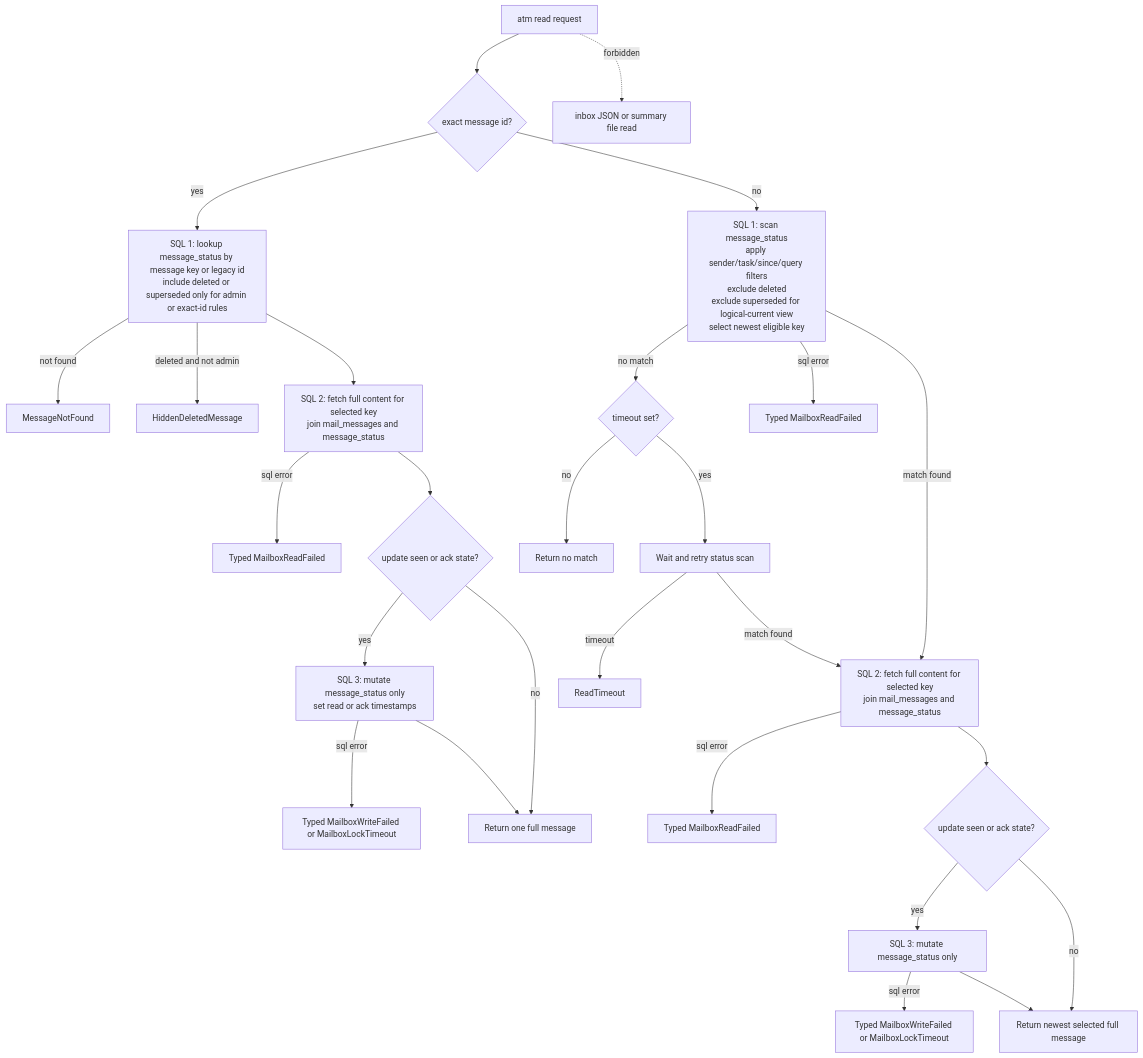
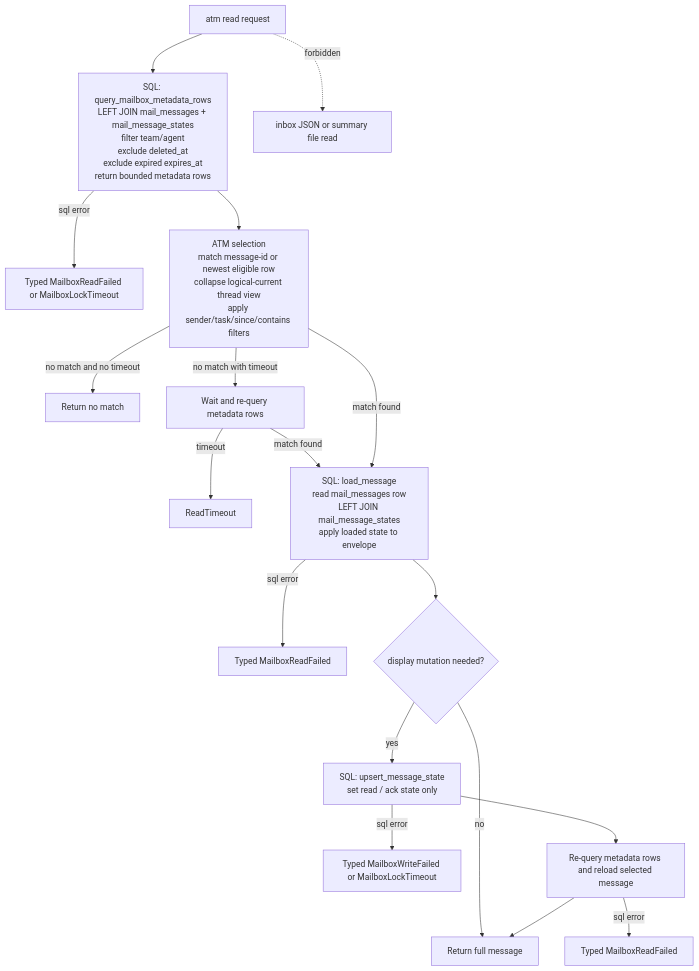
Before and after one commit to randlee/atm-core: the diagram in docs/atm/atm-read.mmd, drawn with Mermaid. The commit also changed 29 other files, not shown here.

Commit message:
U.5: cut read and list over to sqlite metadata

```diff
--- a/docs/atm/atm-read.mmd
+++ b/docs/atm/atm-read.mmd
@@ -1,42 +1,34 @@
 %% title: `atm read`
 %% summary: Single-message read with status-first selection.
-%% commentary: This read path should select from message-status first, hide deleted rows in normal mode, and fetch full content only for the chosen key.
+%% commentary: This read path selects a candidate row from SQLite mailbox metadata, loads full content only for the chosen message, and writes back read/ack state through unified message-state persistence when display mutations are required.
 %% sets: cli,client
 flowchart TD
-    A[atm read request] --> B{exact message id?}
-
-    B -->|yes| C1["SQL 1: lookup message_status by message key or legacy id
-include deleted or superseded only for admin or exact-id rules"]
-    C1 -->|not found| E1[MessageNotFound]
-    C1 -->|deleted and not admin| E2[HiddenDeletedMessage]
-    C1 --> C2["SQL 2: fetch full content for selected key
-join mail_messages and message_status"]
-    C2 -->|sql error| E3[Typed MailboxReadFailed]
-    C2 --> C3{update seen or ack state?}
-    C3 -->|yes| C4["SQL 3: mutate message_status only
-set read or ack timestamps"]
-    C4 -->|sql error| E4[Typed MailboxWriteFailed or MailboxLockTimeout]
-    C4 --> O1[Return one full message]
-    C3 -->|no| O1
-
-    B -->|no| D1["SQL 1: scan message_status
-apply sender/task/since/query filters
-exclude deleted
-exclude superseded for logical-current view
-select newest eligible key"]
-    D1 -->|no match| D2{timeout set?}
-    D2 -->|no| O2[Return no match]
-    D2 -->|yes| D3[Wait and retry status scan]
-    D3 -->|timeout| E5[ReadTimeout]
-    D3 -->|match found| D4["SQL 2: fetch full content for selected key
-join mail_messages and message_status"]
-    D1 -->|sql error| E6[Typed MailboxReadFailed]
-    D1 -->|match found| D4
-    D4 -->|sql error| E7[Typed MailboxReadFailed]
-    D4 --> D5{update seen or ack state?}
-    D5 -->|yes| D6["SQL 3: mutate message_status only"]
-    D6 -->|sql error| E8[Typed MailboxWriteFailed or MailboxLockTimeout]
-    D6 --> O3[Return newest selected full message]
-    D5 -->|no| O3
-
+    A[atm read request] --> B["SQL: query_mailbox_metadata_rows
+LEFT JOIN mail_messages + mail_message_states
+filter team/agent
+exclude deleted_at
+exclude expired expires_at
+return bounded metadata rows"]
+    B -->|sql error| E1[Typed MailboxReadFailed or MailboxLockTimeout]
+    B --> C["ATM selection
+match message-id or newest eligible row
+collapse logical-current thread view
+apply sender/task/since/contains filters"]
+    C -->|no match and no timeout| O0[Return no match]
+    C -->|no match with timeout| W1[Wait and re-query metadata rows]
+    W1 -->|timeout| E2[ReadTimeout]
+    W1 -->|match found| D
+    C -->|match found| D["SQL: load_message
+read mail_messages row
+LEFT JOIN mail_message_states
+apply loaded state to envelope"]
+    D -->|sql error| E3[Typed MailboxReadFailed]
+    D --> M{display mutation needed?}
+    M -->|no| O1[Return full message]
+    M -->|yes| U["SQL: upsert_message_state
+set read / ack state only"]
+    U -->|sql error| E4[Typed MailboxWriteFailed or MailboxLockTimeout]
+    U --> R[Re-query metadata rows and reload selected message]
+    R -->|sql error| E5[Typed MailboxReadFailed]
+    R --> O1
     A -. forbidden .-> F1[inbox JSON or summary file read]
```
